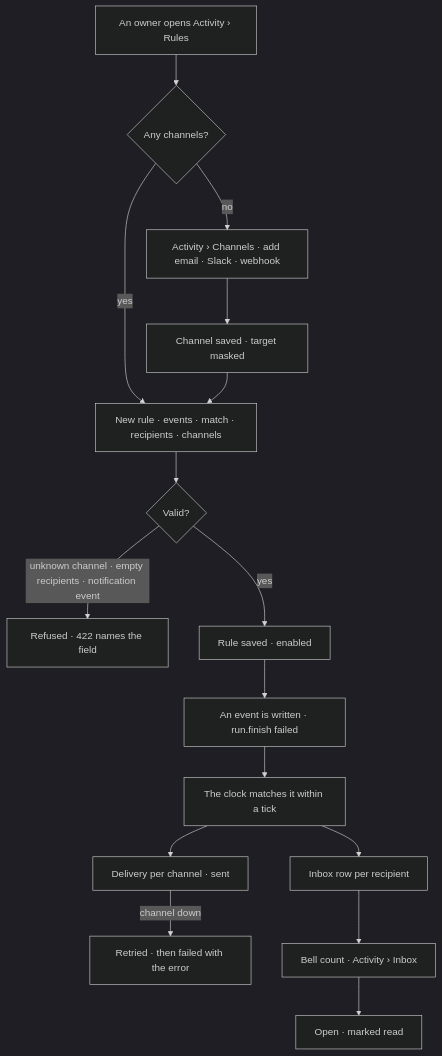
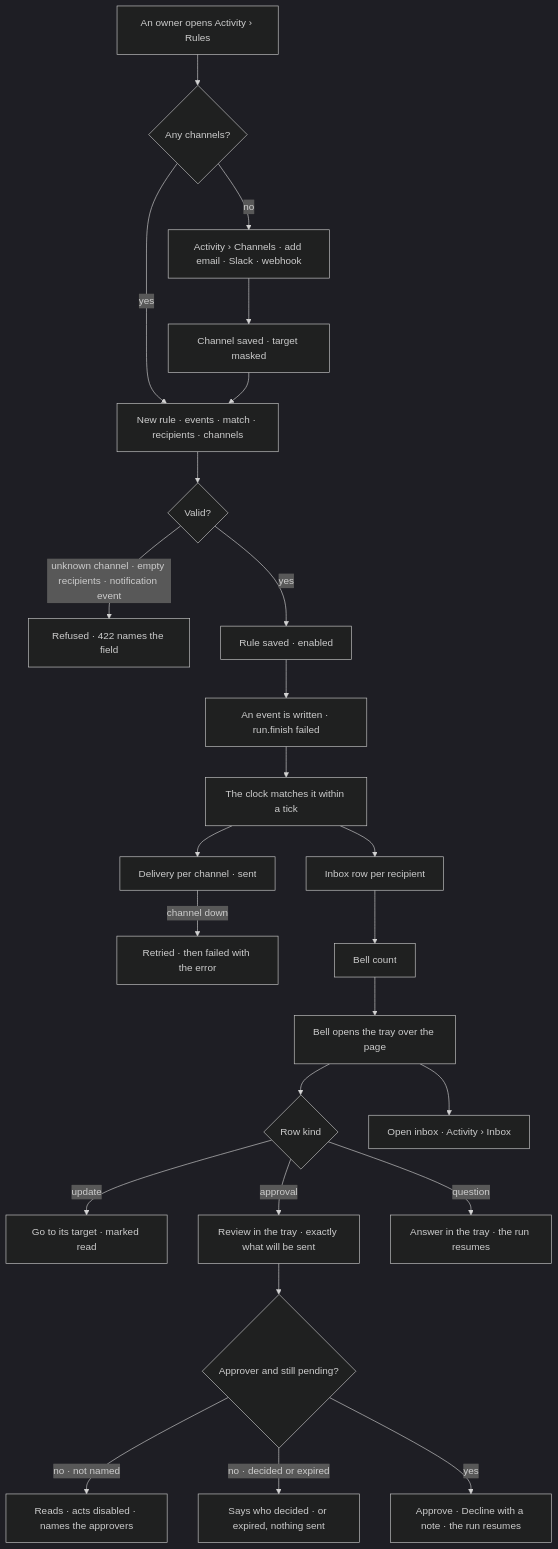
One commit to invana/invana changed the diagram in docs/for-developers/modules/operate/features/notifications.md. Above: the diagram before and after it, drawn with Mermaid (dark theme). The commit also changed other lines of this file and 14 other files, not shown here.

First line of the commit message:
feat(studio): the bell opens a tray; approvals are reviewed in place

````diff
--- a/docs/for-developers/modules/operate/features/notifications.md
+++ b/docs/for-developers/modules/operate/features/notifications.md
@@ -33,18 +33,27 @@
 ```mermaid
 flowchart TD
     A[An owner opens Activity › Rules] --> B{Any channels?}
     B -->|no| C[Activity › Channels · add email · Slack · webhook]
     C --> D[Channel saved · target masked]
     B -->|yes| E[New rule · events · match · recipients · channels]
     D --> E
     E --> F{Valid?}
     F -->|unknown channel · empty recipients · notification event| G[Refused · 422 names the field]
     F -->|yes| H[Rule saved · enabled]
     H --> I[An event is written · run.finish failed]
     I --> J[The clock matches it within a tick]
     J --> K[Inbox row per recipient]
     J --> L[Delivery per channel · sent]
     L -->|channel down| M[Retried · then failed with the error]
-    K --> N[Bell count · Activity › Inbox]
-    N --> O[Open · marked read]
+    K --> N[Bell count]
+    N --> T[Bell opens the tray over the page]
+    T --> U{Row kind}
+    U -->|update| O[Go to its target · marked read]
+    U -->|approval| R[Review in the tray · exactly what will be sent]
+    R --> V{Approver and still pending?}
+    V -->|no · not named| V1[Reads · acts disabled · names the approvers]
+    V -->|no · decided or expired| V2[Says who decided · or expired, nothing sent]
+    V -->|yes| W[Approve · Decline with a note · the run resumes]
+    U -->|question| Q[Answer in the tray · the run resumes]
+    T --> X[Open inbox · Activity › Inbox]
 ```
````
